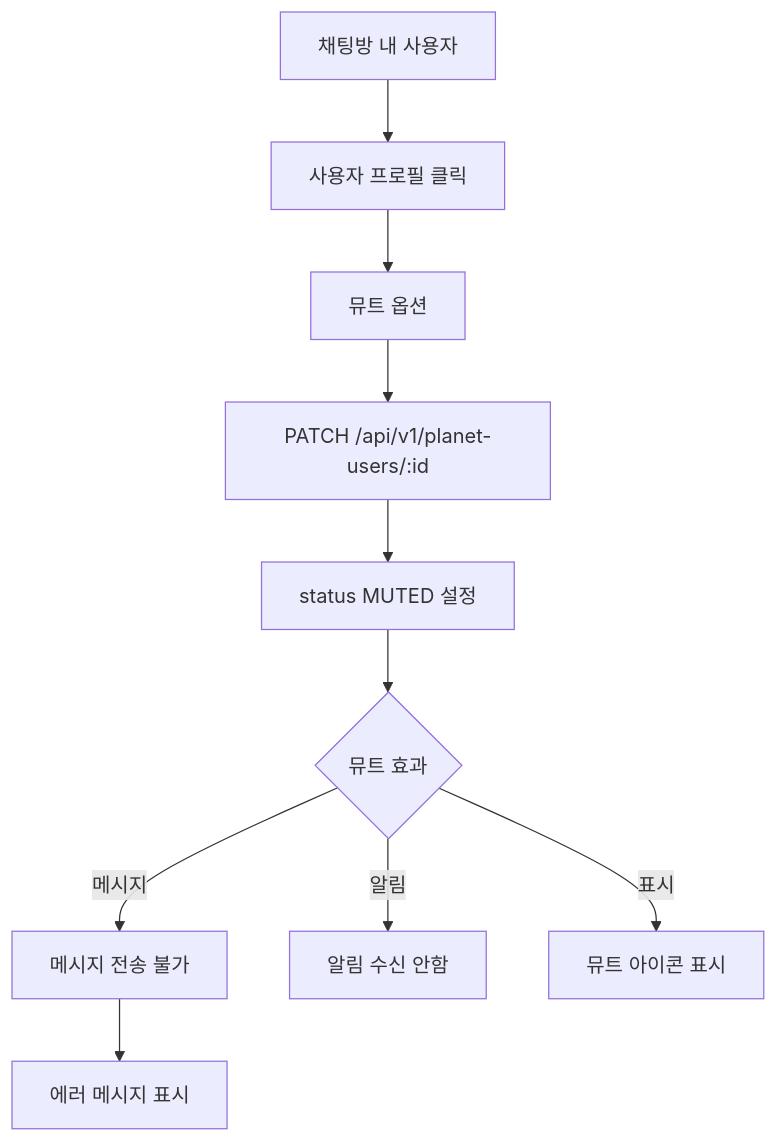
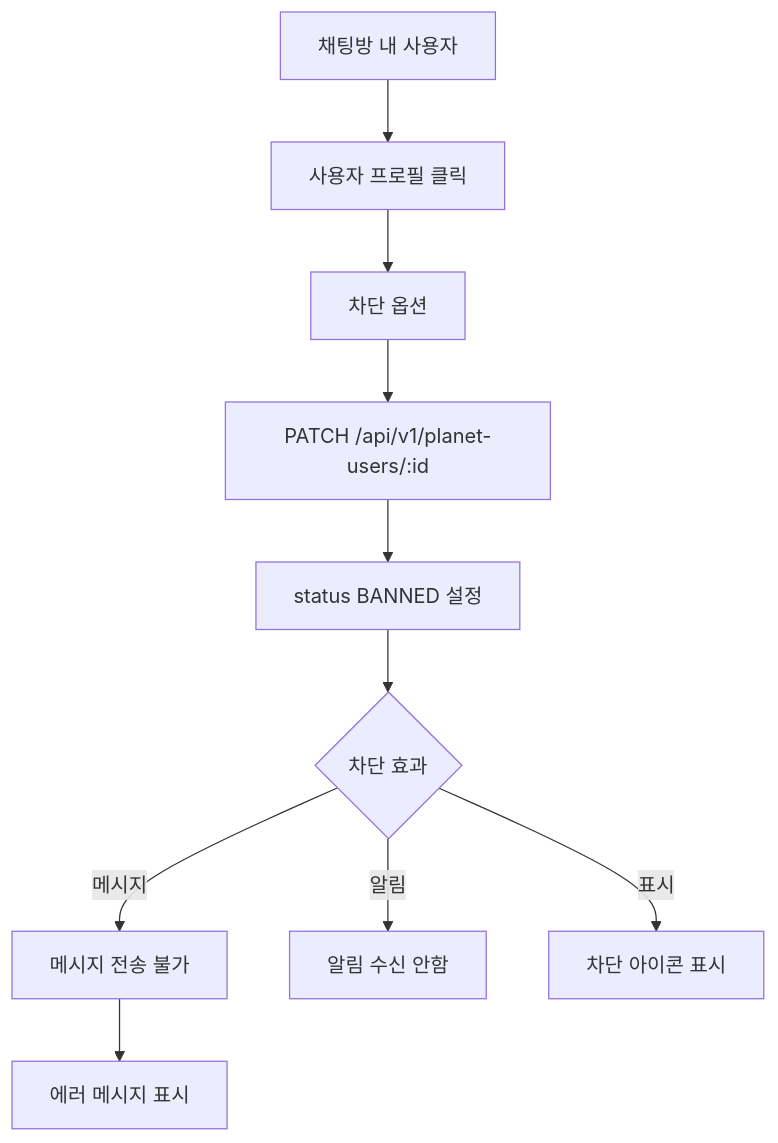
One commit to maximizest/connecto-nest changed diagram 15 of 34 in .md/flow.md. Above: the diagram before and after it, drawn with Mermaid. The commit also changed other lines of this file and 1 other file, not shown here.

Commit message:
문서 업데이트: Planet 레벨 뮤트 기능을 차단(BANNED 상태)으로 변경하고, 관련 흐름 다이어그램 및 설명을 수정하여 일관성을 높임. 사용자 차단 관련 내용을 명확히 하여 가독성을 향상시킴.

````diff
--- a/.md/flow.md
+++ b/.md/flow.md
@@ -623,15 +623,15 @@
 ```mermaid
 graph TD
     A[채팅방 내 사용자] --> B[사용자 프로필 클릭]
-    B --> C[뮤트 옵션]
+    B --> C[차단 옵션]
 
     C --> D[PATCH /api/v1/planet-users/:id]
-    D --> E[status MUTED 설정]
+    D --> E[status BANNED 설정]
 
-    E --> F{뮤트 효과}
+    E --> F{차단 효과}
     F -->|메시지| G[메시지 전송 불가]
     F -->|알림| H[알림 수신 안함]
-    F -->|표시| I[뮤트 아이콘 표시]
+    F -->|표시| I[차단 아이콘 표시]
 
     G --> J[에러 메시지 표시]
 ```
````
